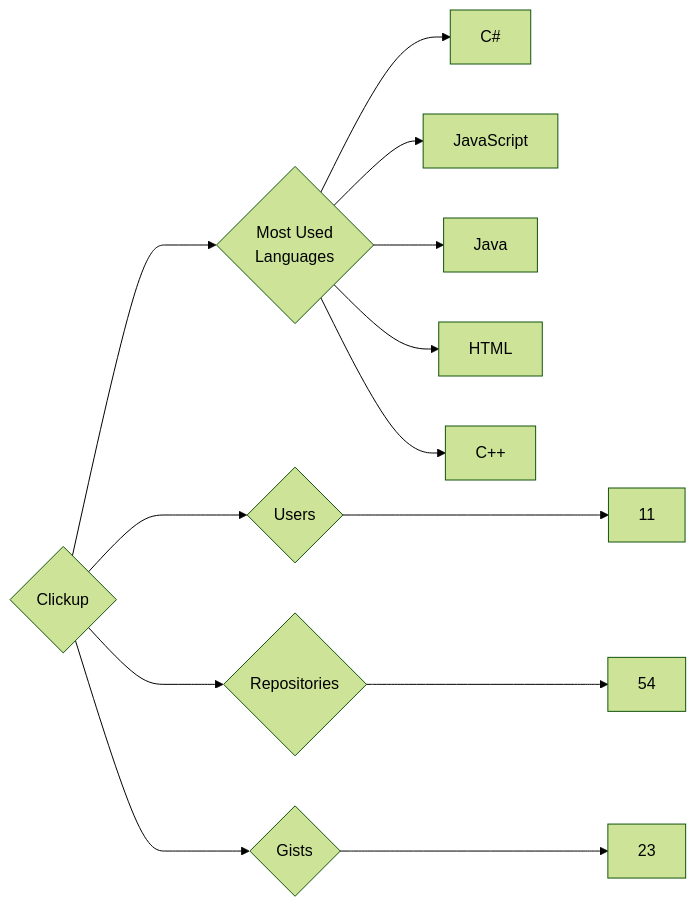
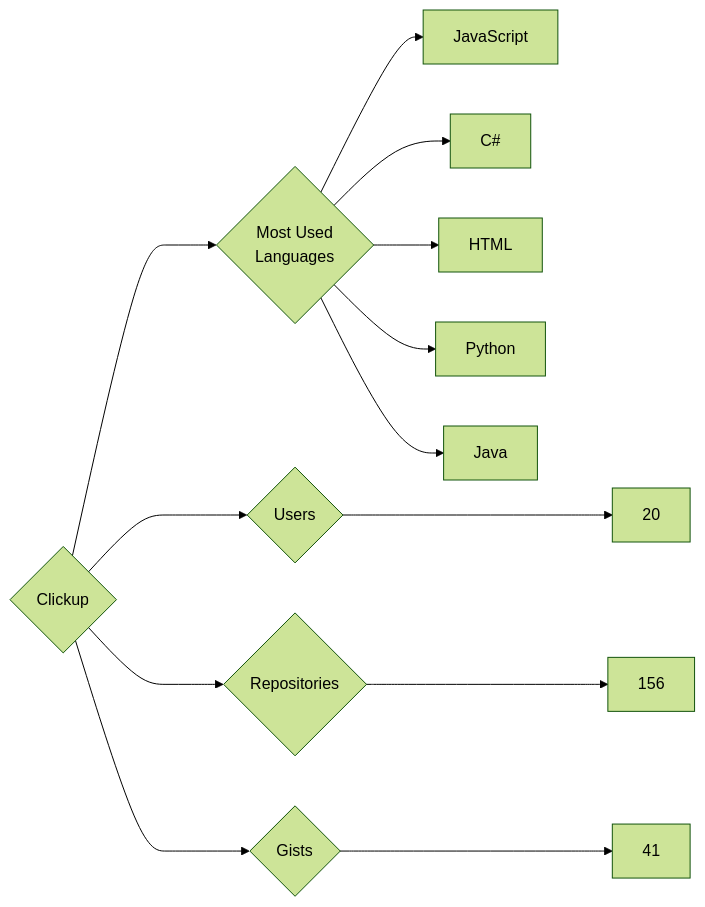
Before and after one commit to trickest/insiders: the diagram in targets/Clickup/README.md, drawn with Mermaid (forest theme). The commit also changed 752 other files, not shown here.

````diff
--- a/targets/Clickup/README.md
+++ b/targets/Clickup/README.md
@@ -3,13 +3,13 @@
 ```mermaid
 graph LR
 COMPANY_NAME{Clickup}
-COMPANY_NAME ---> U{Users} ---> UN[11]
-COMPANY_NAME ---> R{Repositories} ---> RN[54]
-COMPANY_NAME ---> G{Gists} ---> GN[23]
+COMPANY_NAME ---> U{Users} ---> UN[20]
+COMPANY_NAME ---> R{Repositories} ---> RN[156]
+COMPANY_NAME ---> G{Gists} ---> GN[41]
 COMPANY_NAME ---> ML{Most Used<br>Languages}
+ML --> JavaScript[JavaScript]
 ML --> C#[C#]
-ML --> JavaScript[JavaScript]
+ML --> HTML[HTML]
+ML --> Python[Python]
 ML --> Java[Java]
-ML --> HTML[HTML]
-ML --> C++[C++]
 ```
````
